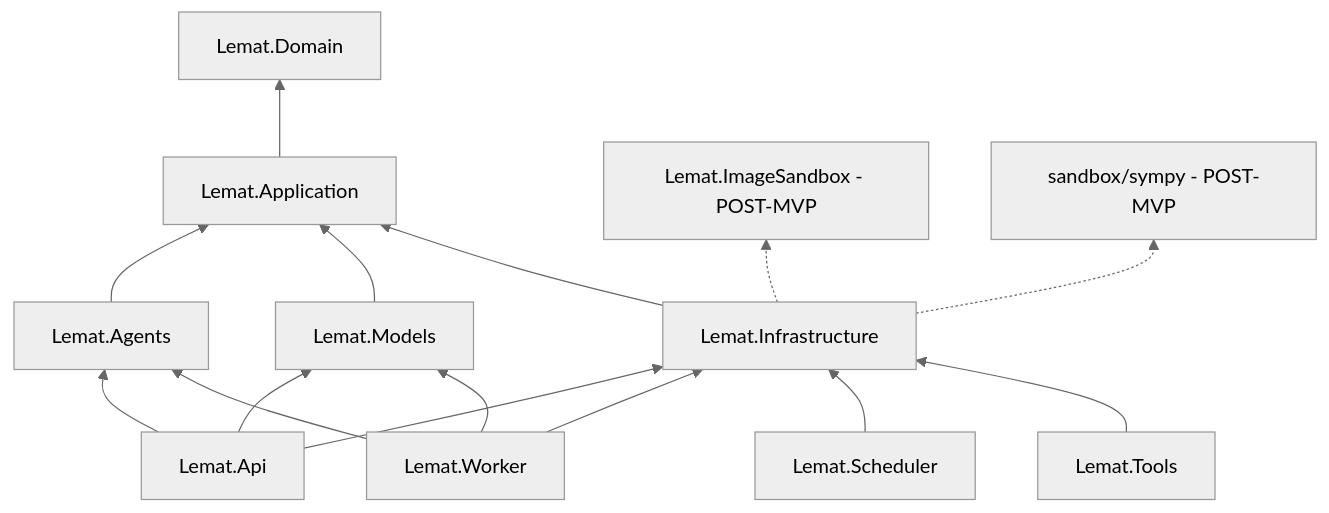
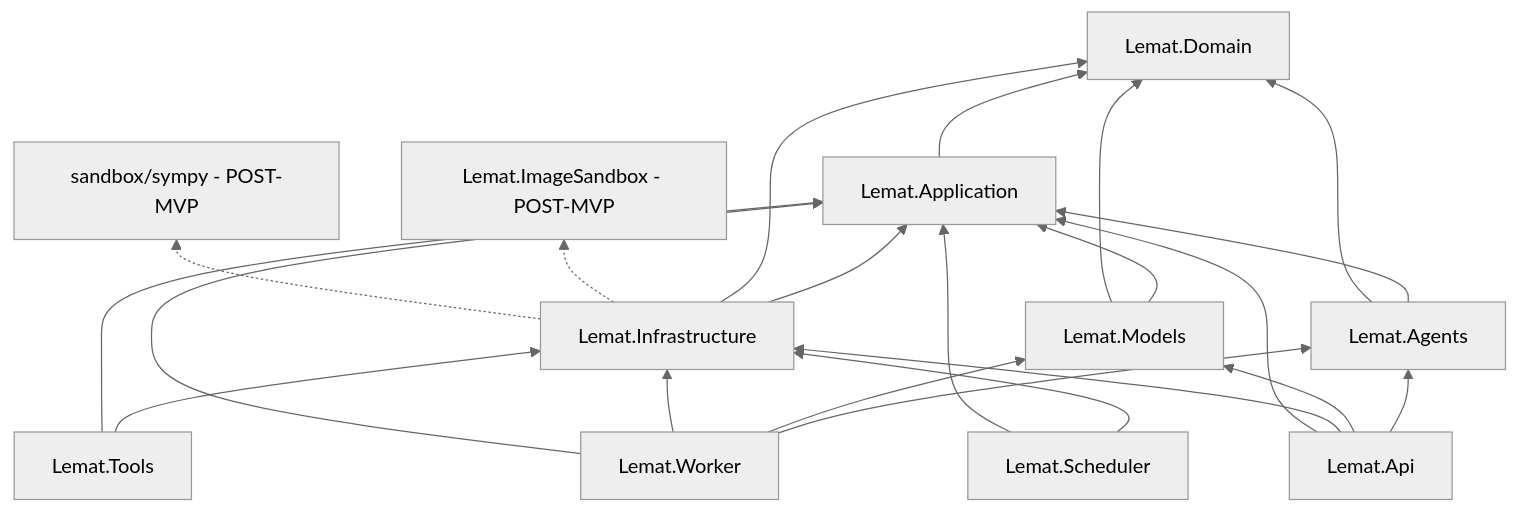
One commit to misterekkk/lemat changed the first of 4 diagrams in docs/CODEBASE_MAP.md. Above: the diagram before and after it, drawn with Mermaid (neutral theme). The commit also changed other lines of this file and 24 other files, not shown here.

````diff
--- a/docs/CODEBASE_MAP.md
+++ b/docs/CODEBASE_MAP.md
@@ -143,28 +143,35 @@
 ```mermaid
 flowchart BT
     DOM["Lemat.Domain"]
     APP["Lemat.Application"]
     AGE["Lemat.Agents"]
     MOD["Lemat.Models"]
     INF["Lemat.Infrastructure"]
     API["Lemat.Api"]
     WRK["Lemat.Worker"]
     SCH["Lemat.Scheduler"]
     TLS["Lemat.Tools"]
     IMG["Lemat.ImageSandbox - POST-MVP"]
     SYM["sandbox/sympy - POST-MVP"]
     APP --> DOM
     AGE --> APP
+    AGE --> DOM
     MOD --> APP
+    MOD --> DOM
     INF --> APP
+    INF --> DOM
     API --> AGE
     API --> MOD
     API --> INF
     WRK --> AGE
     WRK --> MOD
     WRK --> INF
     SCH --> INF
+    SCH --> APP
     TLS --> INF
+    TLS --> APP
+    WRK --> APP
+    API --> APP
     INF -.-> IMG
     INF -.-> SYM
 ```
````
